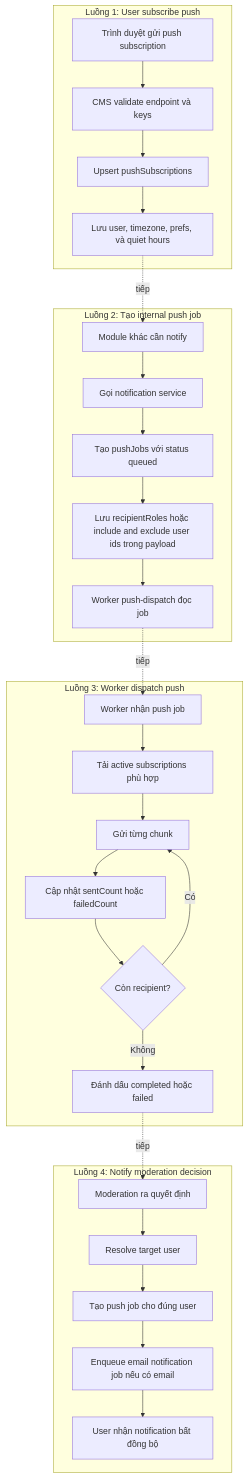
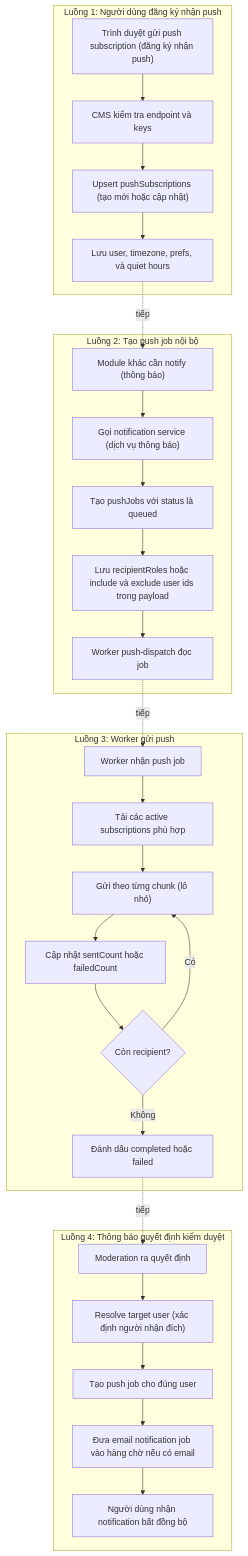
Before and after one commit to QuyenVjp/PMTL_VN: the diagram in design/07-notification/flows.mmd, drawn with Mermaid. The commit also changed 52 other files, not shown here.

```diff
--- a/design/07-notification/flows.mmd
+++ b/design/07-notification/flows.mmd
@@ -1,33 +1,33 @@
 flowchart TD
-    subgraph Flow1 ["Luồng 1: User subscribe push"]
-        N1A["Trình duyệt gửi push subscription"] --> N1B["CMS validate endpoint và keys"]
-        N1B --> N1C["Upsert pushSubscriptions"]
+    subgraph Flow1 ["Luồng 1: Người dùng đăng ký nhận push"]
+        N1A["Trình duyệt gửi push subscription (đăng ký nhận push)"] --> N1B["CMS kiểm tra endpoint và keys"]
+        N1B --> N1C["Upsert pushSubscriptions (tạo mới hoặc cập nhật)"]
         N1C --> N1D["Lưu user, timezone, prefs, và quiet hours"]
     end
 
-    subgraph Flow2 ["Luồng 2: Tạo internal push job"]
-        N2A["Module khác cần notify"] --> N2B["Gọi notification service"]
-        N2B --> N2C["Tạo pushJobs với status queued"]
-        N2C --> N2D["Lưu recipientRoles hoặc include and exclude user ids trong payload"]
+    subgraph Flow2 ["Luồng 2: Tạo push job nội bộ"]
+        N2A["Module khác cần notify (thông báo)"] --> N2B["Gọi notification service (dịch vụ thông báo)"]
+        N2B --> N2C["Tạo pushJobs với status là queued"]
+        N2C --> N2D["Lưu recipientRoles hoặc include và exclude user ids trong payload"]
         N2D --> N2E["Worker push-dispatch đọc job"]
     end
 
-    subgraph Flow3 ["Luồng 3: Worker dispatch push"]
-        N3A["Worker nhận push job"] --> N3B["Tải active subscriptions phù hợp"]
-        N3B --> N3C["Gửi từng chunk"]
+    subgraph Flow3 ["Luồng 3: Worker gửi push"]
+        N3A["Worker nhận push job"] --> N3B["Tải các active subscriptions phù hợp"]
+        N3B --> N3C["Gửi theo từng chunk (lô nhỏ)"]
         N3C --> N3D["Cập nhật sentCount hoặc failedCount"]
         N3D --> N3E{"Còn recipient?"}
         N3E -->|"Có"| N3C
         N3E -->|"Không"| N3F["Đánh dấu completed hoặc failed"]
     end
 
-    subgraph Flow4 ["Luồng 4: Notify moderation decision"]
-        N4A["Moderation ra quyết định"] --> N4B["Resolve target user"]
+    subgraph Flow4 ["Luồng 4: Thông báo quyết định kiểm duyệt"]
+        N4A["Moderation ra quyết định"] --> N4B["Resolve target user (xác định người nhận đích)"]
         N4B --> N4C["Tạo push job cho đúng user"]
-        N4C --> N4D["Enqueue email notification job nếu có email"]
-        N4D --> N4E["User nhận notification bất đồng bộ"]
+        N4C --> N4D["Đưa email notification job vào hàng chờ nếu có email"]
+        N4D --> N4E["Người dùng nhận notification bất đồng bộ"]
     end
 
     N1D -.->|"tiếp"| N2A
     N2E -.->|"tiếp"| N3A
     N3F -.->|"tiếp"| N4A
```
